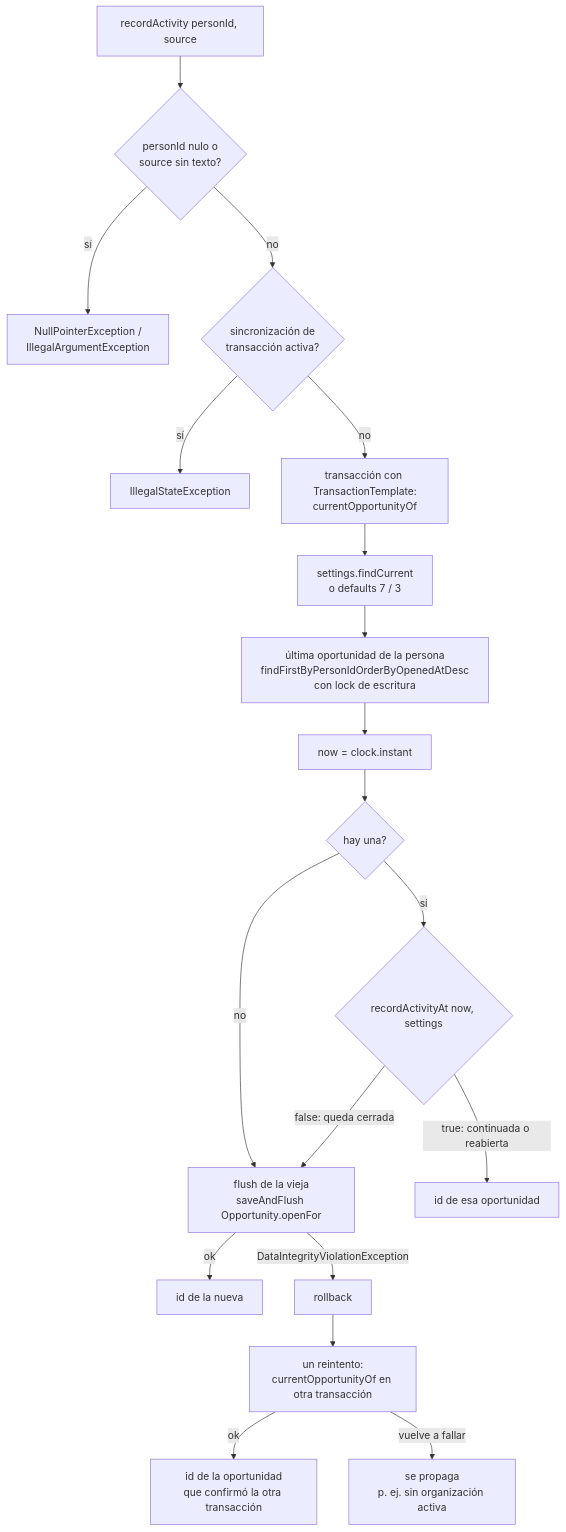
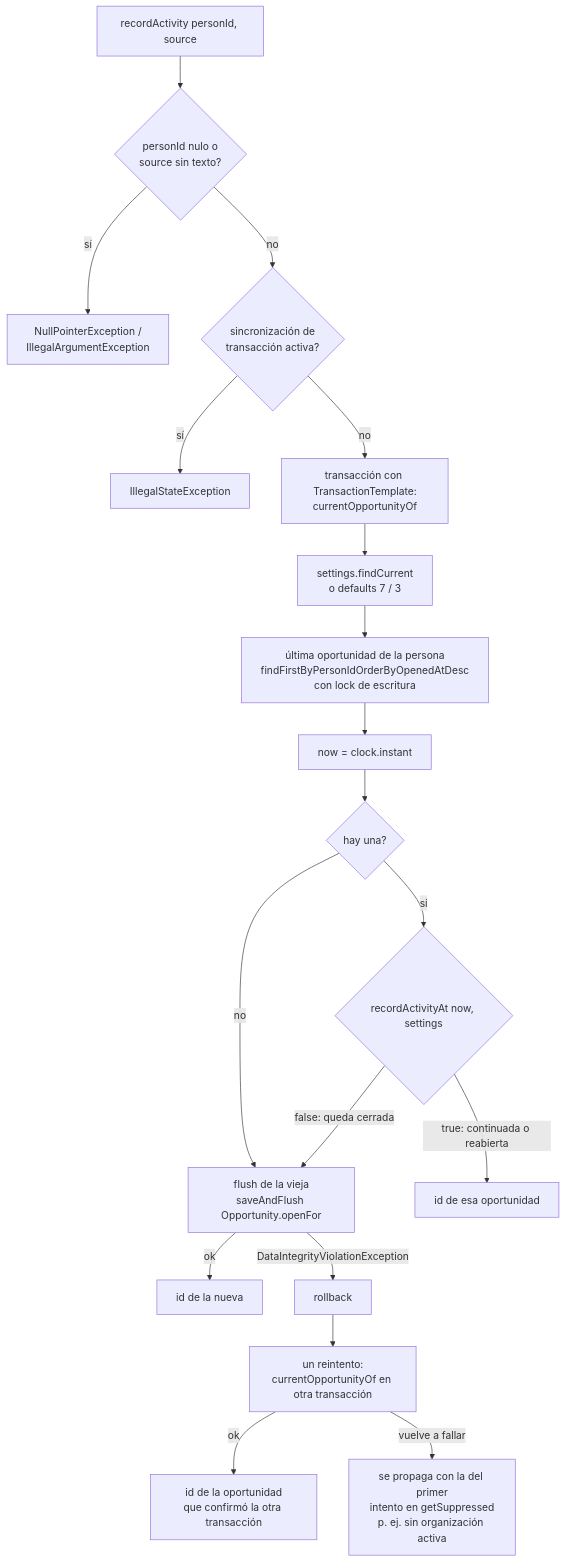
The first of 4 diagrams in docs/oportunidades.md (zapmaxvevo/communicator-one), drawn with Mermaid before and after one commit. The commit also changed other lines of this file and 6 other files, not shown here.

````diff
--- a/docs/oportunidades.md
+++ b/docs/oportunidades.md
@@ -143,21 +145,21 @@
 ```mermaid
 flowchart TD
     R[recordActivity personId, source] --> V{personId nulo o<br/>source sin texto?}
     V -->|sí| X1[NullPointerException /<br/>IllegalArgumentException]
     V -->|no| G{sincronización de<br/>transacción activa?}
     G -->|sí| X2[IllegalStateException]
     G -->|no| T[transacción con TransactionTemplate:<br/>currentOpportunityOf]
     T --> S[settings.findCurrent<br/>o defaults 7 / 3]
     S --> F[última oportunidad de la persona<br/>findFirstByPersonIdOrderByOpenedAtDesc<br/>con lock de escritura]
     F --> NOW[now = clock.instant]
     NOW --> E{hay una?}
     E -->|no| NEW
     E -->|sí| A{recordActivityAt now, settings}
     A -->|true: continuada o reabierta| ID[id de esa oportunidad]
     A -->|false: queda cerrada| NEW[flush de la vieja<br/>saveAndFlush Opportunity.openFor]
     NEW -->|ok| NID[id de la nueva]
     NEW -->|DataIntegrityViolationException| RB[rollback]
     RB --> RT[un reintento:<br/>currentOpportunityOf en otra transacción]
     RT -->|ok| ID2[id de la oportunidad<br/>que confirmó la otra transacción]
-    RT -->|vuelve a fallar| X3[se propaga<br/>p. ej. sin organización activa]
+    RT -->|vuelve a fallar| X3[se propaga con la del primer<br/>intento en getSuppressed<br/>p. ej. sin organización activa]
 ```
````
